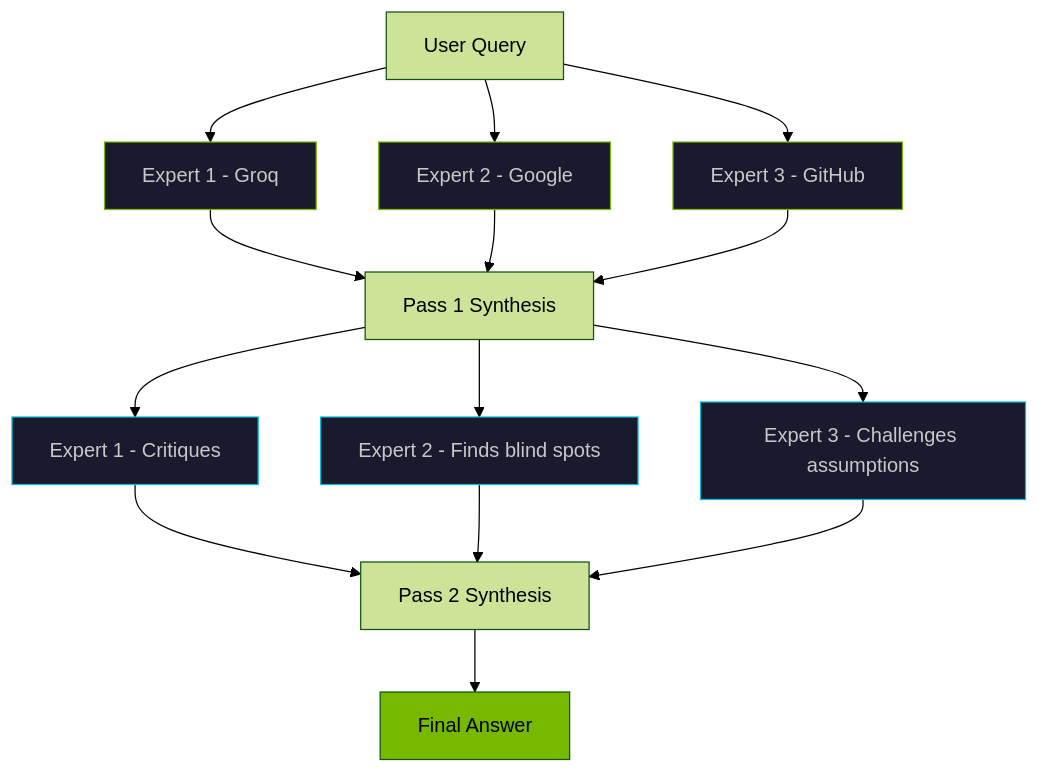
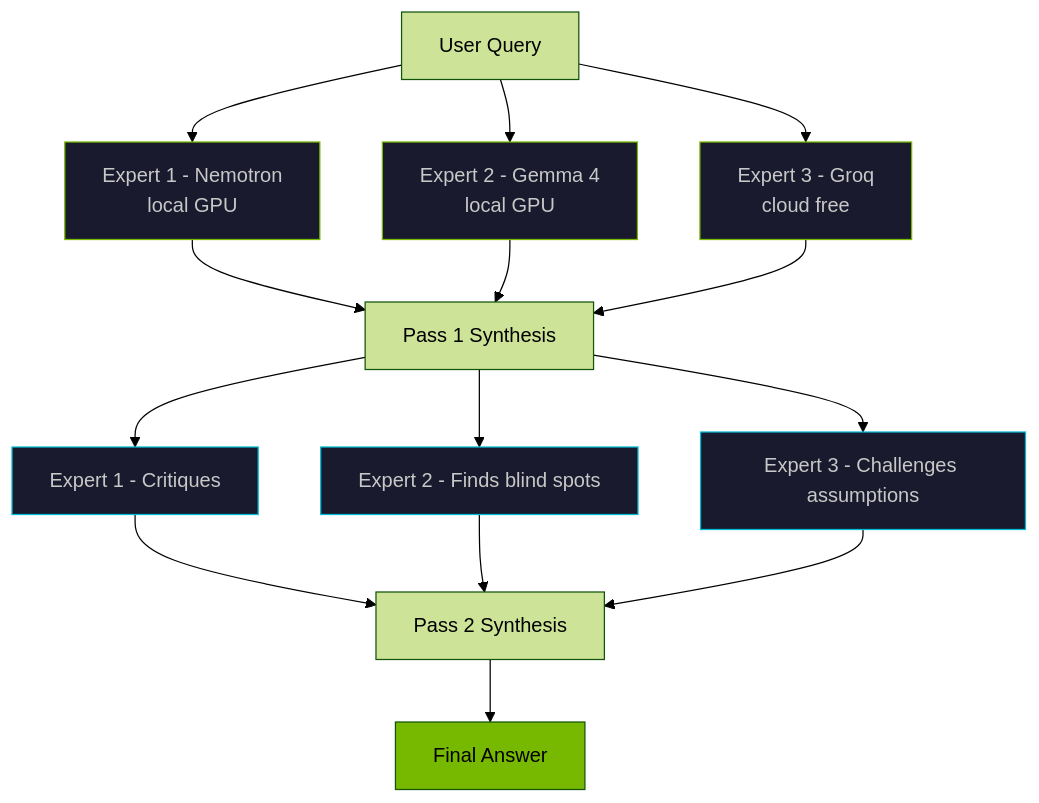
Before and after one commit to thatcooperguy/nvHive: the third of 5 diagrams in README.md, drawn with Mermaid (forest theme). The commit also changed other lines of this file and 1 other file, not shown here.

First line of the commit message:
Update README and GIF for Gemma 4 + local council story

````diff
--- a/README.md
+++ b/README.md
@@ -164,28 +164,28 @@
 ```mermaid
 flowchart TB
-    QUERY[User Query] --> A1[Expert 1 - Groq]
-    QUERY --> A2[Expert 2 - Google]
-    QUERY --> A3[Expert 3 - GitHub]
+    QUERY[User Query] --> A1[Expert 1 - Nemotron<br/>local GPU]
+    QUERY --> A2[Expert 2 - Gemma 4<br/>local GPU]
+    QUERY --> A3[Expert 3 - Groq<br/>cloud free]
     
     A1 --> S1[Pass 1 Synthesis]
     A2 --> S1
     A3 --> S1
     
     S1 --> B1[Expert 1 - Critiques]
     S1 --> B2[Expert 2 - Finds blind spots]
     S1 --> B3[Expert 3 - Challenges assumptions]
     
     B1 --> S2[Pass 2 Synthesis]
     B2 --> S2
     B3 --> S2
     
     S2 --> FINAL[Final Answer]
     
     style A1 fill:#1a1a2e,stroke:#76B900,color:#c8c8c8
     style A2 fill:#1a1a2e,stroke:#76B900,color:#c8c8c8
     style A3 fill:#1a1a2e,stroke:#76B900,color:#c8c8c8
     style B1 fill:#1a1a2e,stroke:#00bcd4,color:#c8c8c8
     style B2 fill:#1a1a2e,stroke:#00bcd4,color:#c8c8c8
     style B3 fill:#1a1a2e,stroke:#00bcd4,color:#c8c8c8
     style FINAL fill:#76B900,color:#000
 ```
````
